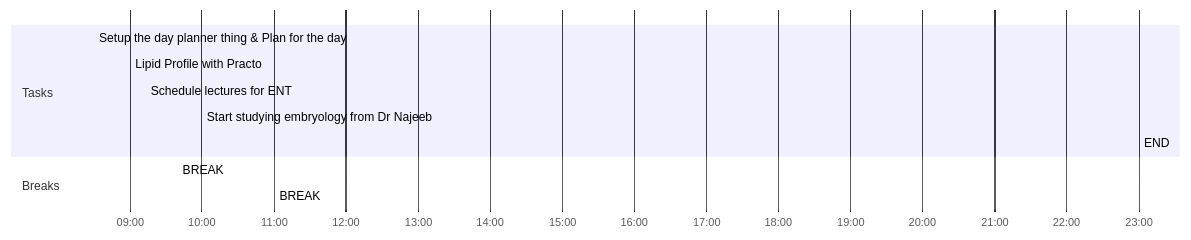
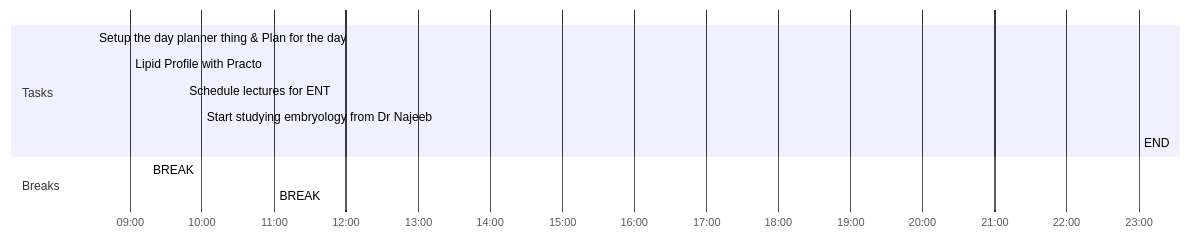
Before and after one commit to nihitkhandelwal-eng/The_Brainforest: the diagram in 🌱 Journal/2022/Quarter 2/04-April/28-Apr-22.md, drawn with Mermaid. The commit also changed other lines of this file and 1 other file, not shown here.

````diff
--- a/🌱 Journal/2022/Quarter 2/04-April/28-Apr-22.md
+++ b/🌱 Journal/2022/Quarter 2/04-April/28-Apr-22.md
@@ -21,15 +26,15 @@
 ```mermaid
 gantt
     dateFormat  HH-mm
     axisFormat %H:%M
-    %% Current Time: 8:52:24 AM
+    %% Current Time: 9:09:03 AM
     section Tasks
     Setup the day planner thing & Plan for the day     :08-30, 30mm
-    Lipid Profile with Practo     :09-00, 13mm
-    Schedule lectures for ENT     :09-13, 27mm
+    Lipid Profile with Practo     :09-00, 15mm
+    Schedule lectures for ENT     :09-45, 15mm
     Start studying embryology from Dr Najeeb     :10-00, 60mm
     END     :23-00, 0mm
     section Breaks
-    BREAK     :09-40, 20mm
+    BREAK     :09-15, 30mm
     BREAK     :11-00, 720mm
 ```
````
